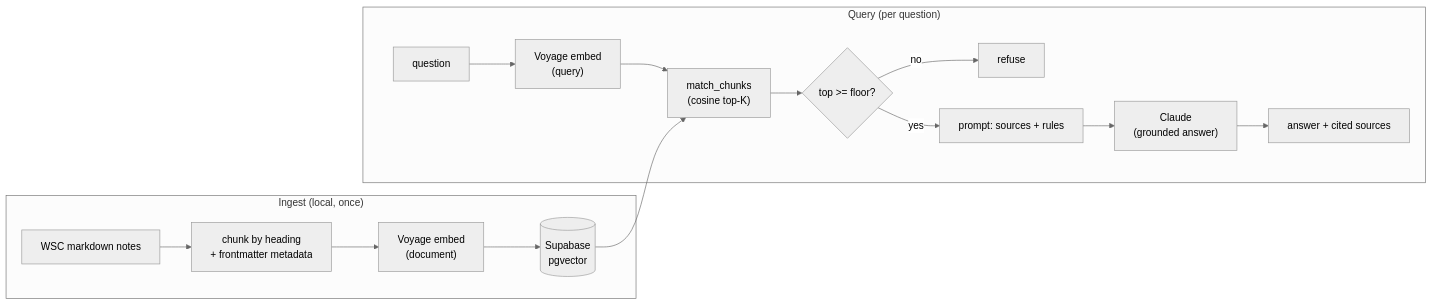
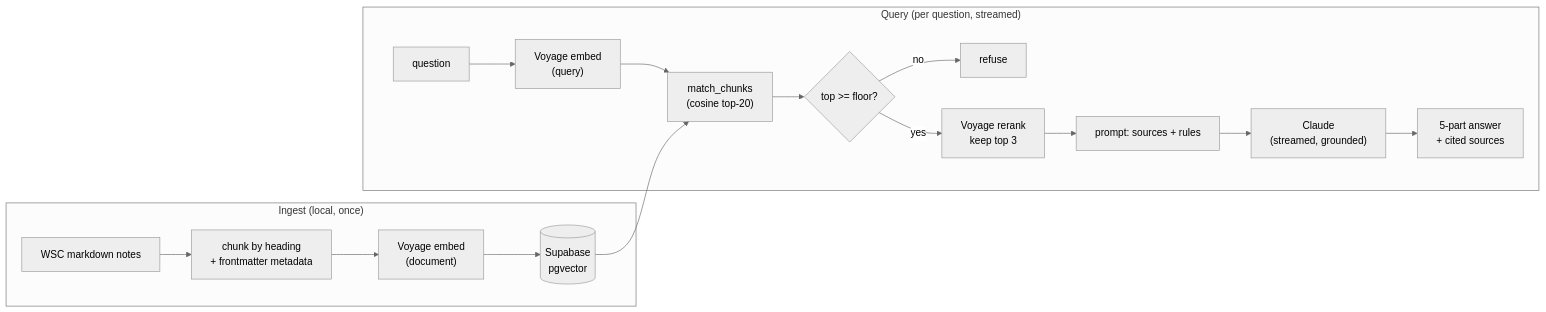
One commit to tobydobsonlabs/wsc-syllabus-rag changed the diagram in README.md. Above: the diagram before and after it, drawn with Mermaid (neutral theme). The commit also changed other lines of this file and 1 other file, not shown here.

````diff
--- a/README.md
+++ b/README.md
@@ -31,18 +36,19 @@
 ```mermaid
 flowchart LR
   subgraph Ingest["Ingest (local, once)"]
     N["WSC markdown notes"] --> C["chunk by heading<br/>+ frontmatter metadata"]
     C --> E1["Voyage embed<br/>(document)"]
     E1 --> DB[("Supabase<br/>pgvector")]
   end
-  subgraph Query["Query (per question)"]
+  subgraph Query["Query (per question, streamed)"]
     Q["question"] --> E2["Voyage embed<br/>(query)"]
-    E2 --> M["match_chunks<br/>(cosine top-K)"]
+    E2 --> M["match_chunks<br/>(cosine top-20)"]
     DB --> M
     M --> F{"top >= floor?"}
     F -- no --> R["refuse"]
-    F -- yes --> P["prompt: sources + rules"]
-    P --> L["Claude<br/>(grounded answer)"]
-    L --> A["answer + cited sources"]
+    F -- yes --> RR["Voyage rerank<br/>keep top 3"]
+    RR --> P["prompt: sources + rules"]
+    P --> L["Claude<br/>(streamed, grounded)"]
+    L --> A["5-part answer<br/>+ cited sources"]
   end
 ```
````
